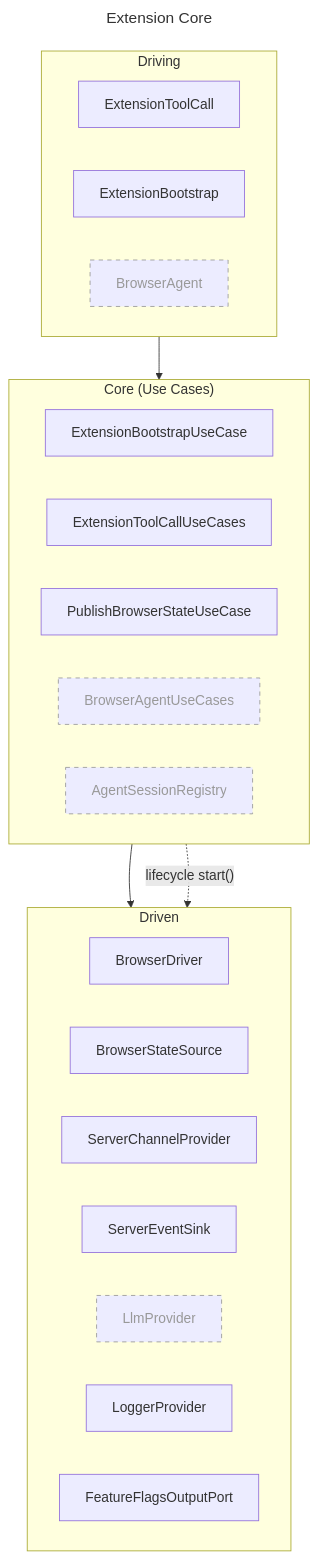
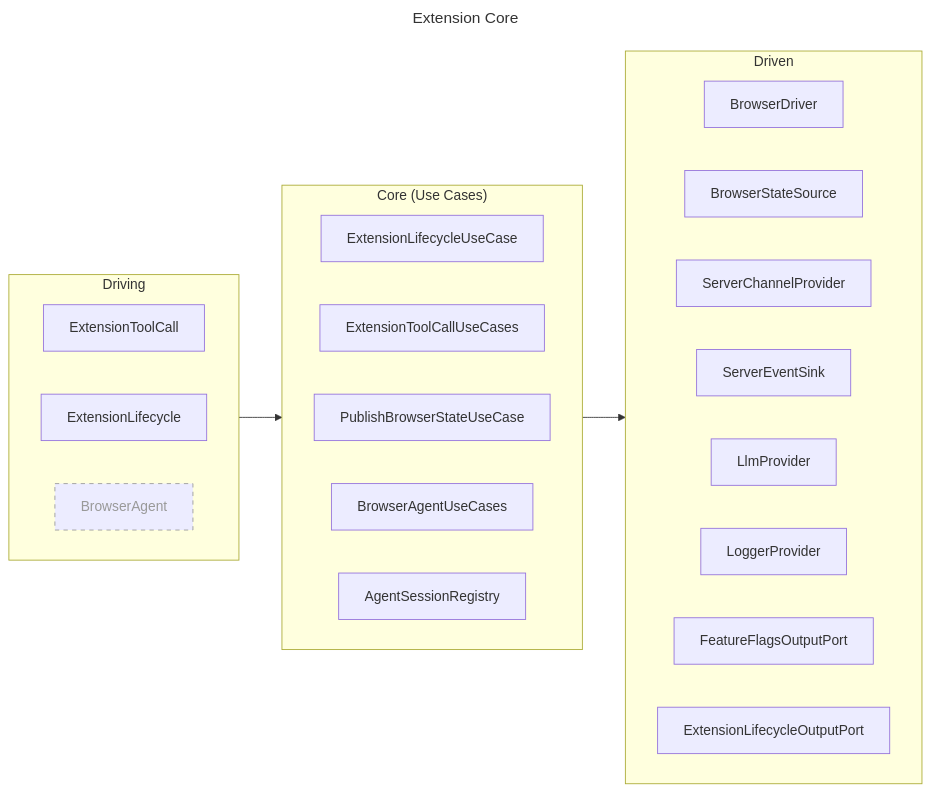
One commit to ndthanhdev/mcp-browser-kit changed the fourth of 11 diagrams in docs/architecture.md. Above: the diagram before and after it, drawn with Mermaid. The commit also changed other lines of this file and 45 other files, not shown here.

First line of the commit message:
feat: gate browser-agent per app, rename ExtensionBootstrap to ExtensionLifecycle (#159)

````diff
--- a/docs/architecture.md
+++ b/docs/architecture.md
@@ -109,36 +113,36 @@
 ```mermaid
 ---
 title: Extension Core
 ---
-flowchart 
+flowchart LR
   subgraph Driving["Driving"]
     direction LR
     ExtensionToolCall
-    ExtensionBootstrap
+    ExtensionLifecycle
     BrowserAgent
   end
   subgraph Core["Core (Use Cases)"]
     direction LR
-    ExtensionBootstrapUseCase
+    ExtensionLifecycleUseCase
     ExtensionToolCallUseCases
     PublishBrowserStateUseCase
     BrowserAgentUseCases
     AgentSessionRegistry
   end
   subgraph Driven["Driven"]
     direction LR
     BrowserDriver
     BrowserStateSource
     ServerChannelProvider
     ServerEventSink
     LlmProvider
     LoggerProvider
     FeatureFlagsOutputPort
+    ExtensionLifecycleOutputPort
   end
 
   Driving --> Core --> Driven
-  Core -.->|"lifecycle start()"| FeatureFlagsOutputPort
 
   classDef planned stroke-dasharray:5 5,stroke:#999,color:#999;
-  class BrowserAgent,BrowserAgentUseCases,AgentSessionRegistry,LlmProvider planned;
+  class BrowserAgent planned;
 ```
````
